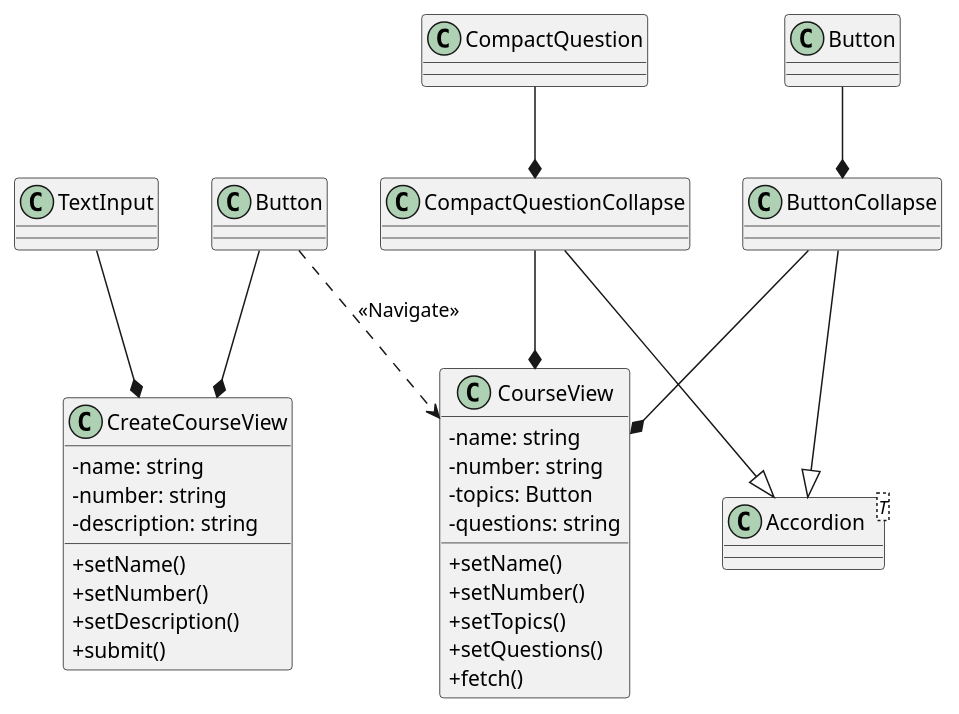
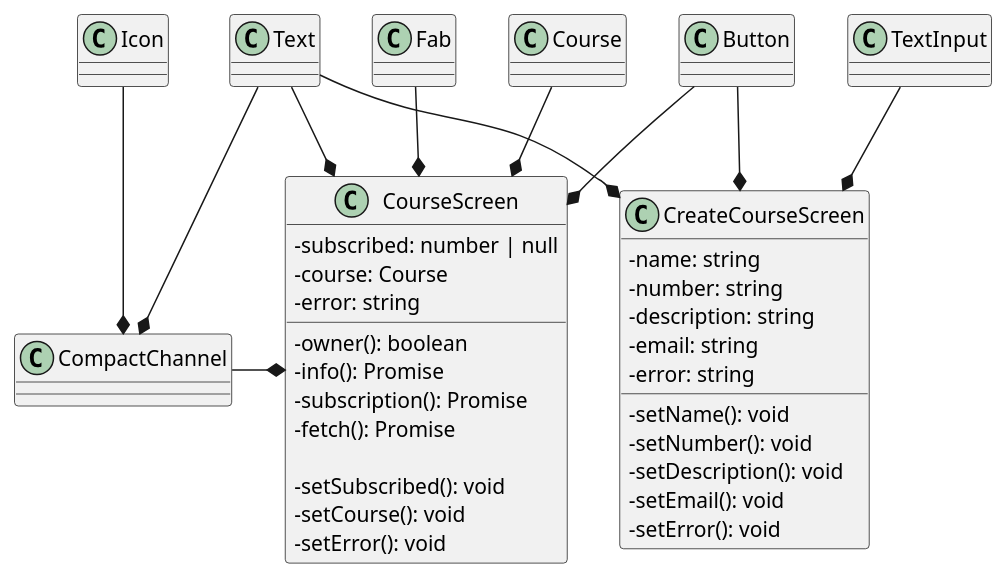
Before and after one commit to Singh-Kiran-P/StuNet: the diagram in Diagrams/Class_Diagrams/Frontend_Diagrams/Course.puml, drawn with PlantUML. The commit also changed 3 other files, not shown here.

Commit message:
Updated frontend class diagrams

```diff
--- a/Diagrams/Class_Diagrams/Frontend_Diagrams/Course.puml
+++ b/Diagrams/Class_Diagrams/Frontend_Diagrams/Course.puml
@@ -1,49 +1,59 @@
 @startuml Course
 skinparam classAttributeIconSize 0
 
-class TextInput {}
-class "Button" as b1
-class "Button" as b2
-class CreateCourseView {
+class TextInput
+class Button
+class Fab
+class CompactChannel
+class Text
+class Icon
+
+Text --* CompactChannel
+Icon --* CompactChannel
+
+
+class CreateCourseScreen {
 	-name: string
 	-number: string
 	-description: string
-	+setName()
-	+setNumber()
-	+setDescription()
-	+submit()
+	-email: string
+	-error: string
+
+	-setName(): void
+	-setNumber(): void
+	-setDescription(): void
+	-setEmail(): void
+	-setError(): void
 }
 
-TextInput --* CreateCourseView
-b1 --* CreateCourseView
+class Course
 
-class CourseView {
-	-name: string
-	-number: string
-	-topics: Button
-	-questions: string
-	+setName()
-	+setNumber()
-	+setTopics()
-	+setQuestions()
-	+fetch()
+class CourseScreen {
+	-subscribed: number | null
+	-course: Course
+	-error: string
+
+	-owner(): boolean
+	-info(): Promise
+	-subscription(): Promise 
+	-fetch(): Promise
+
+	-setSubscribed(): void
+	-setCourse(): void
+	-setError(): void
 }
 
-class Accordion <T> {
+Course --* CourseScreen
 
-}
+Button --* CourseScreen
+Fab --* CourseScreen
+CompactChannel -r-* CourseScreen
+Text --* CourseScreen
 
-class CompactQuestion
-class CompactQuestionCollapse {}
-class ButtonCollapse {}
+TextInput --* CreateCourseScreen
+Button --* CreateCourseScreen
+Text --* CreateCourseScreen
 
-CompactQuestionCollapse --|> Accordion
-ButtonCollapse --|> Accordion
-CompactQuestionCollapse --* CourseView
-ButtonCollapse --* CourseView
-CompactQuestion --* CompactQuestionCollapse
-b2 --* ButtonCollapse
 
-b1 ..> CourseView : <<Navigate>>
 
 @enduml
```
